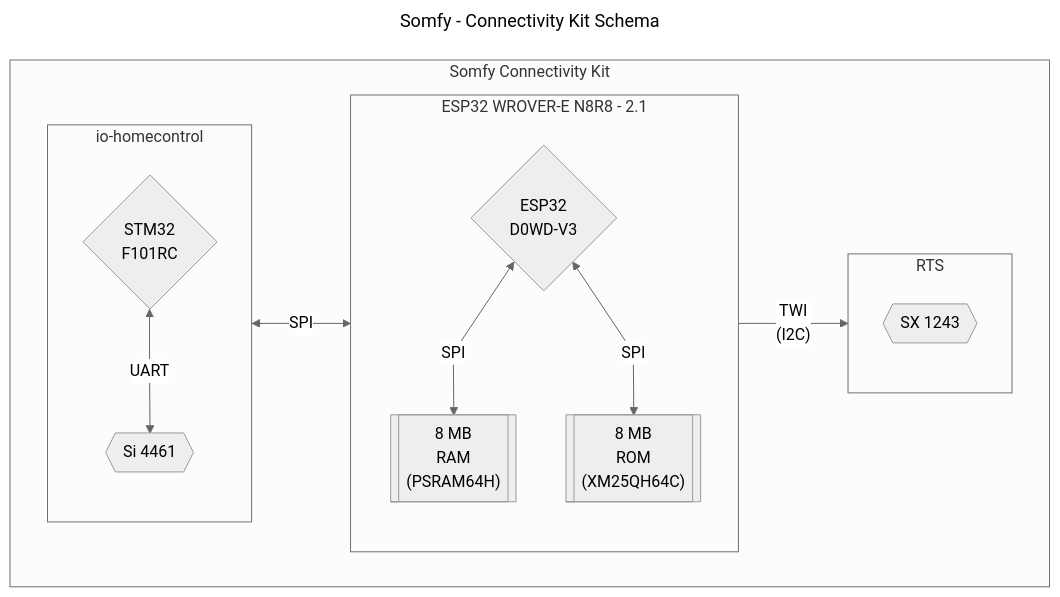
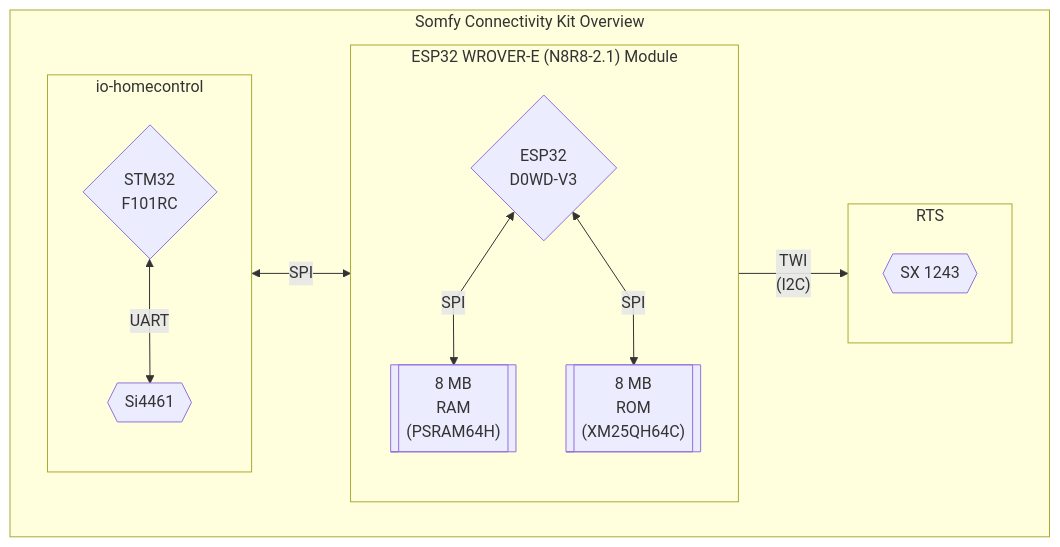
One commit to Velocet/iown-homecontrol changed the first of 2 diagrams in docs/devices/somfy/ConnectivityKit/README.md. Above: the diagram before and after it, drawn with Mermaid. The commit also changed other lines of this file and 267 other files, not shown here.

````diff
--- a/docs/devices/somfy/ConnectivityKit/README.md
+++ b/docs/devices/somfy/ConnectivityKit/README.md
@@ -5,38 +28,25 @@
 ``` mermaid
----
-title: Somfy - Connectivity Kit Schema
----
-%%{init:{
-  "theme": "neutral",
-  "fontFamily": "monospace",
-  "flowchart": {"curve": "linear"}}
-}%%
+%%{init:{"fontFamily":"monospace","flowchart":{"curve":"linear"}}}%%
 
 flowchart LR
-subgraph minikiz["Somfy Connectivity Kit"]
+subgraph minikiz["Somfy Connectivity Kit Overview"]
   direction LR
   subgraph iohc["io-homecontrol"]
     direction TB
-    stm32{"STM32<br>F101RC"}<--"UART"-->si4461{{"Si 4461"}}
-    click si4461 "../../datasheets/silabs-si4461.pdf" "Si 4461 Datasheet"
-    click stm32 "../../datasheets/stm32-f101rc.pdf" "STM32 F101xC Datasheet"
+    stm32{"STM32<br>F101RC"}<--"UART"-->si4461{{"Si4461"}}
   end
-  subgraph wrover["ESP32 WROVER-E N8R8 - 2.1"]
+  subgraph wrover["ESP32 WROVER-E (N8R8-2.1) Module"]
     direction TB
     esp32{"ESP32<br/>D0WD-V3"}
     ram[["8 MB<br/>RAM<br/>(PSRAM64H)"]]
     rom[["8 MB<br/>ROM<br/>(XM25QH64C)"]]
     esp32<--"SPI"-->ram
     esp32<--"SPI"-->rom
-    click esp32 "../../datasheets/ESP32/esp32-wrover-e-datasheet.pdf"
-    click ram "../../datasheets/ESP32/PSRAM64H.pdf"
-    click rom "../../datasheets/ESP32/XM25QH64C.pdf"
   end
   subgraph rts["RTS"]
     direction TB
     sx1243{{"SX 1243"}}
-    click sx1243 "../../datasheets/semtech/sx1243.pdf"
   end
   iohc<--"SPI"-->wrover--"TWI<br/>(I2C)"-->rts
 end
 ```
````
